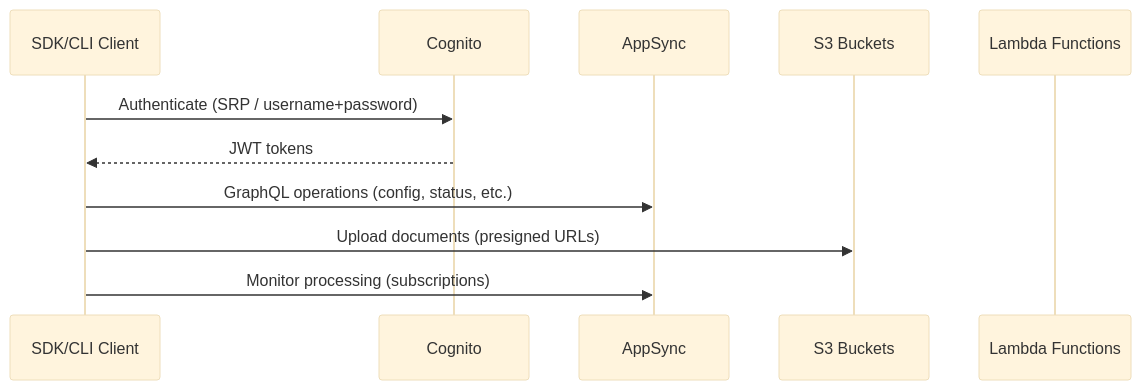
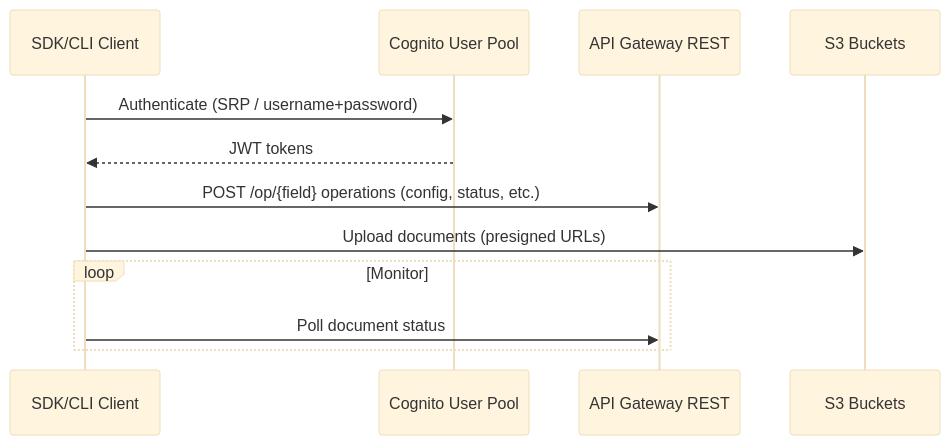
One commit to aws-samples/sample-genai-idp changed diagram 16 of 22 in security/threat-modeling/architecture/data-flows.md. Above: the diagram before and after it, drawn with Mermaid (base theme). The commit also changed other lines of this file and 26 other files, not shown here.

````diff
--- a/security/threat-modeling/architecture/data-flows.md
+++ b/security/threat-modeling/architecture/data-flows.md
@@ -292,14 +488,15 @@
 ```mermaid
 sequenceDiagram
     participant CLI as SDK/CLI Client
-    participant Cognito as Cognito
-    participant AppSync as AppSync
+    participant Cognito as Cognito User Pool
+    participant APIGW as API Gateway REST
     participant S3 as S3 Buckets
-    participant Lambda as Lambda Functions
 
     CLI->>Cognito: Authenticate (SRP / username+password)
     Cognito-->>CLI: JWT tokens
-    CLI->>AppSync: GraphQL operations (config, status, etc.)
+    CLI->>APIGW: POST /op/{field} operations (config, status, etc.)
     CLI->>S3: Upload documents (presigned URLs)
-    CLI->>AppSync: Monitor processing (subscriptions)
+    loop Monitor
+        CLI->>APIGW: Poll document status
+    end
 ```
````
